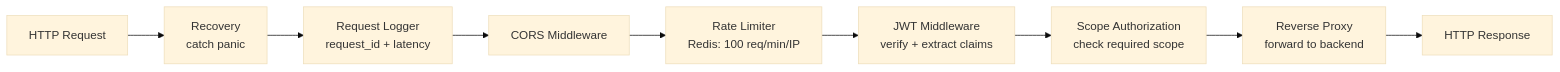
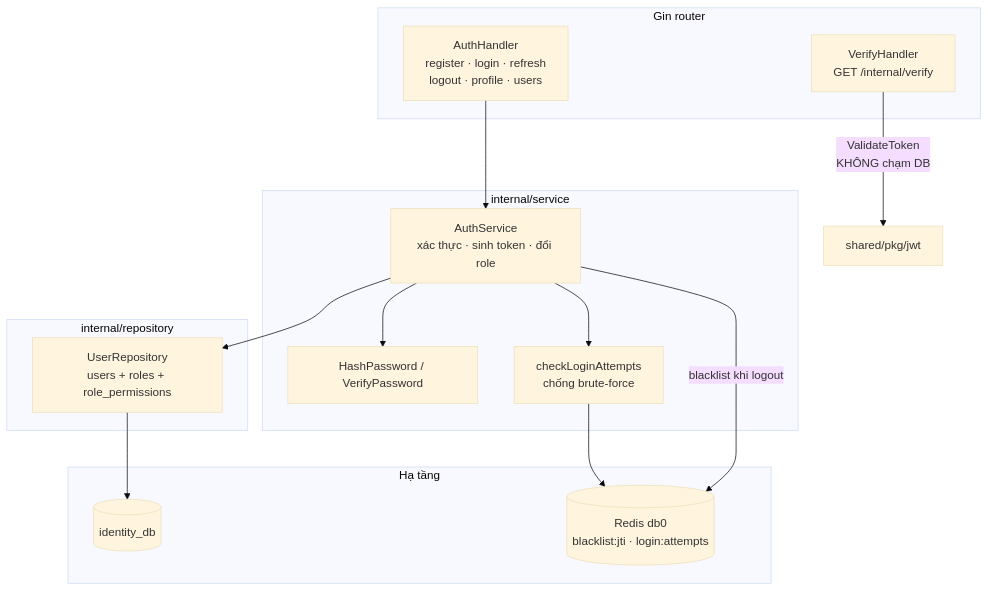
Before and after one commit to dwchwang/sms_microservice: the first of 6 diagrams in .claude/diagrams/component-diagram.md, drawn with Mermaid (base theme). The commit also changed other lines of this file and 21 other files, not shown here.

````diff
--- a/.claude/diagrams/component-diagram.md
+++ b/.claude/diagrams/component-diagram.md
@@ -104,11 +11,30 @@
 ```mermaid
-flowchart LR
-    Request["HTTP Request"] --> Recovery["Recovery<br/>catch panic"]
-    Recovery --> Logger["Request Logger<br/>request_id + latency"]
-    Logger --> CORS["CORS Middleware"]
-    CORS --> RateLimit["Rate Limiter<br/>Redis: 100 req/min/IP"]
-    RateLimit --> JWT["JWT Middleware<br/>verify + extract claims"]
-    JWT --> Scope["Scope Authorization<br/>check required scope"]
-    Scope --> Proxy["Reverse Proxy<br/>forward to backend"]
-    Proxy --> Response["HTTP Response"]
+graph TB
+    subgraph HTTP["Gin router"]
+        H1["AuthHandler<br/>register · login · refresh<br/>logout · profile · users"]
+        H2["VerifyHandler<br/>GET /internal/verify"]
+    end
+
+    subgraph SVC["internal/service"]
+        S1["AuthService<br/>xác thực · sinh token · đổi role"]
+        S2["HashPassword / VerifyPassword"]
+        S3["checkLoginAttempts<br/>chống brute-force"]
+    end
+
+    subgraph REPO["internal/repository"]
+        R1["UserRepository<br/>users + roles + role_permissions"]
+    end
+
+    subgraph INFRA["Hạ tầng"]
+        PG[("identity_db")]
+        RD[("Redis db0<br/>blacklist:jti · login:attempts")]
+    end
+
+    JWT["shared/pkg/jwt"]
+
+    H1 --> S1 --> S2
+    S1 --> S3 --> RD
+    S1 --> R1 --> PG
+    S1 -->|"blacklist khi logout"| RD
+    H2 -->|"ValidateToken<br/>KHÔNG chạm DB"| JWT
 ```
````
